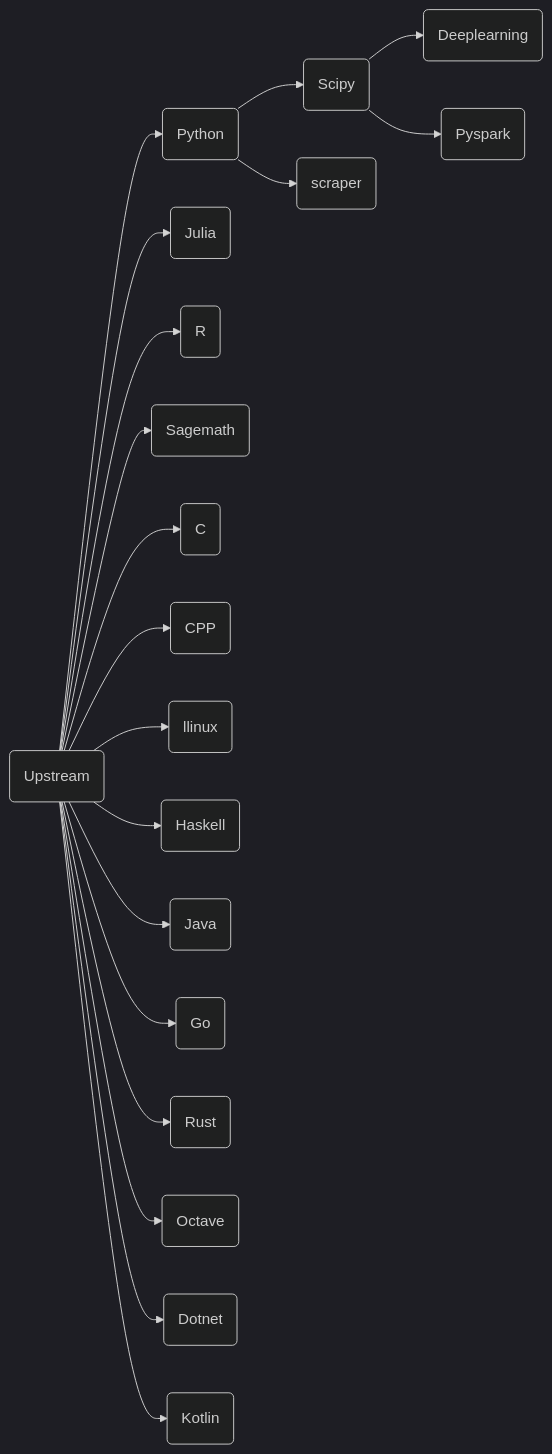
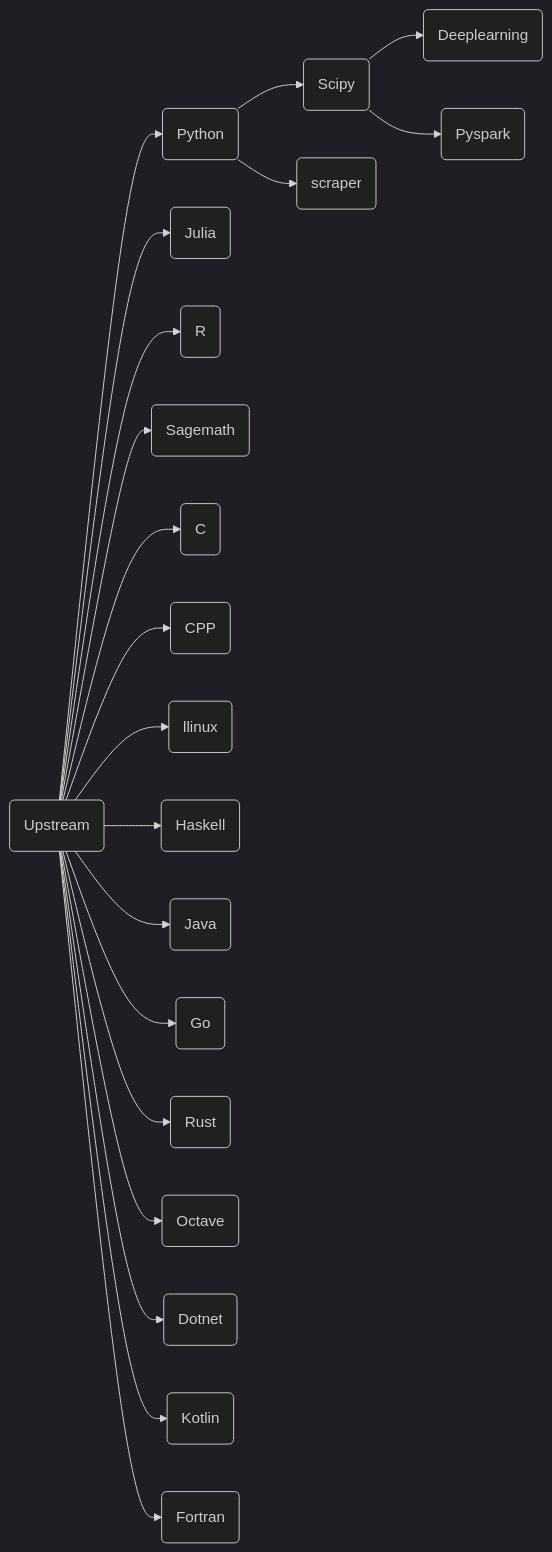
One commit to ben0i0d/jupyter-image-stacks changed the diagram in README.md. Above: the diagram before and after it, drawn with Mermaid (dark theme). The commit also changed other lines of this file and 3 other files, not shown here.

````diff
--- a/README.md
+++ b/README.md
@@ -140,21 +141,22 @@
 ```mermaid
 graph LR
 A(Upstream)-->B(Python)
 B-->C(Scipy)
 B-->D(scraper)
 C(Scipy)-->E(Deeplearning)  
 C(Scipy)-->F(Pyspark)  
 A-->G(Julia)
 A-->H(R)
 A-->I(Sagemath)
 A-->J(C)
 A-->K(CPP)
 A-->L(llinux)
 A-->M(Haskell)
 A-->N(Java)
 A-->O(Go)
 A-->P(Rust)
 A-->Q(Octave)
 A-->R(Dotnet)
 A-->S(Kotlin)
+A-->T(Fortran)
 ```  
````
